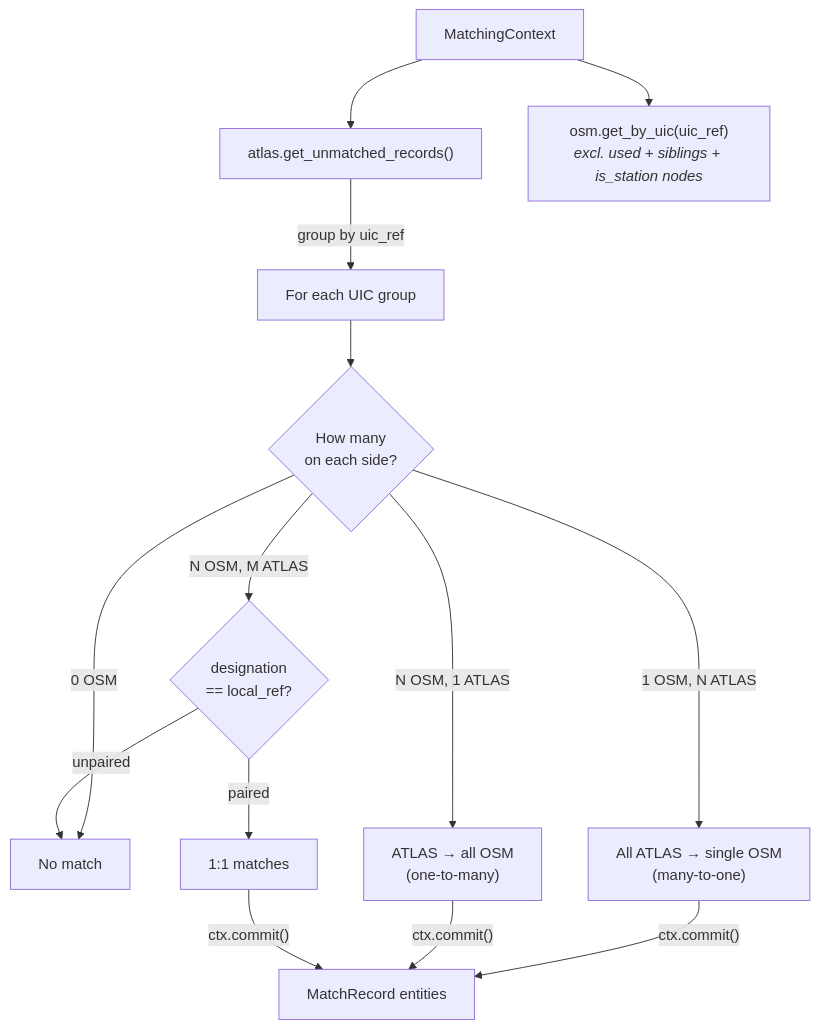
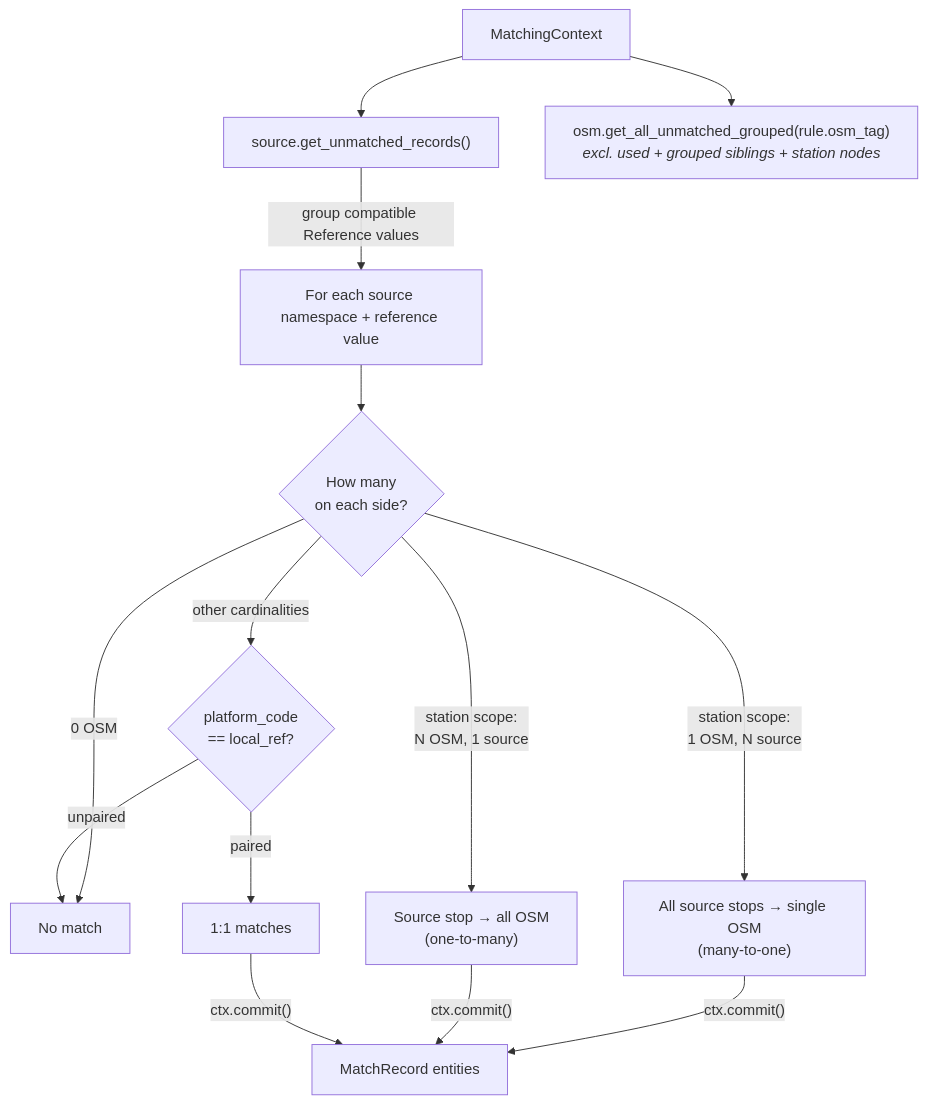
Before and after one commit to openTdataCH/stop_sync_osm_atlas: the diagram in documentation/2.1 Exact matching.md, drawn with Mermaid. The commit also changed other lines of this file and 261 other files, not shown here.

````diff
--- a/documentation/2.1 Exact matching.md
+++ b/documentation/2.1 Exact matching.md
@@ -5,16 +7,16 @@
 ```mermaid
 flowchart TB
-    CTX["MatchingContext"] --> UA["atlas.get_unmatched_records()"]
-    CTX --> OSM["osm.get_by_uic(uic_ref)<br/><i>excl. used + siblings + is_station nodes</i>"]
-    UA -->|group by uic_ref| G["For each UIC group"]
+    CTX["MatchingContext"] --> UA["source.get_unmatched_records()"]
+    CTX --> OSM["osm.get_all_unmatched_grouped(rule.osm_tag)<br/><i>excl. used + grouped siblings + station nodes</i>"]
+    UA -->|"group compatible Reference values"| G["For each source namespace + reference value"]
     G --> C{"How many<br/>on each side?"}
 
     C -->|"0 OSM"| X["No match"]
-    C -->|"1 OSM, N ATLAS"| M1["All ATLAS → single OSM<br/>(many-to-one)"]
-    C -->|"N OSM, 1 ATLAS"| M2["ATLAS → all OSM<br/>(one-to-many)"]
-    C -->|"N OSM, M ATLAS"| D{"designation<br/>== local_ref?"}
+    C -->|"station scope:<br/>1 OSM, N source"| M1["All source stops → single OSM<br/>(many-to-one)"]
+    C -->|"station scope:<br/>N OSM, 1 source"| M2["Source stop → all OSM<br/>(one-to-many)"]
+    C -->|"other cardinalities"| D{"platform_code<br/>== local_ref?"}
     D -->|paired| M3["1:1 matches"]
     D -->|unpaired| X
 
     M1 & M2 & M3 -->|"ctx.commit()"| OUT["MatchRecord entities"]
 ```
````
